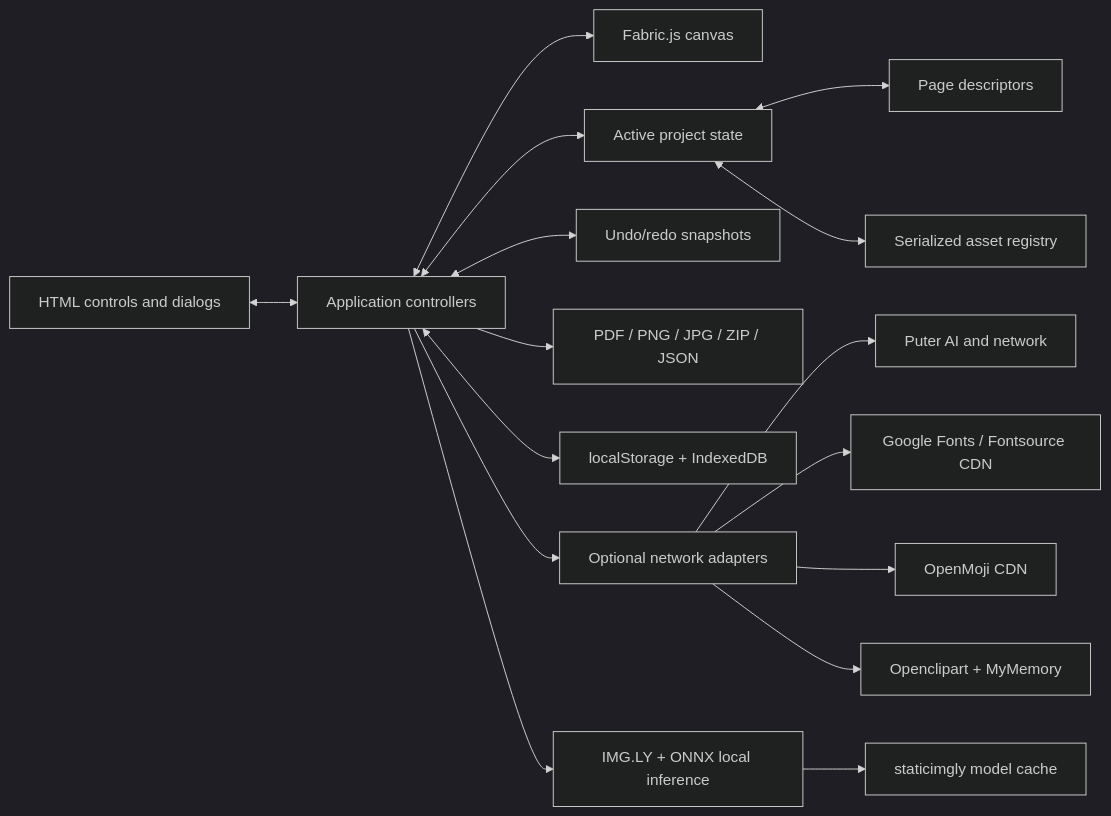
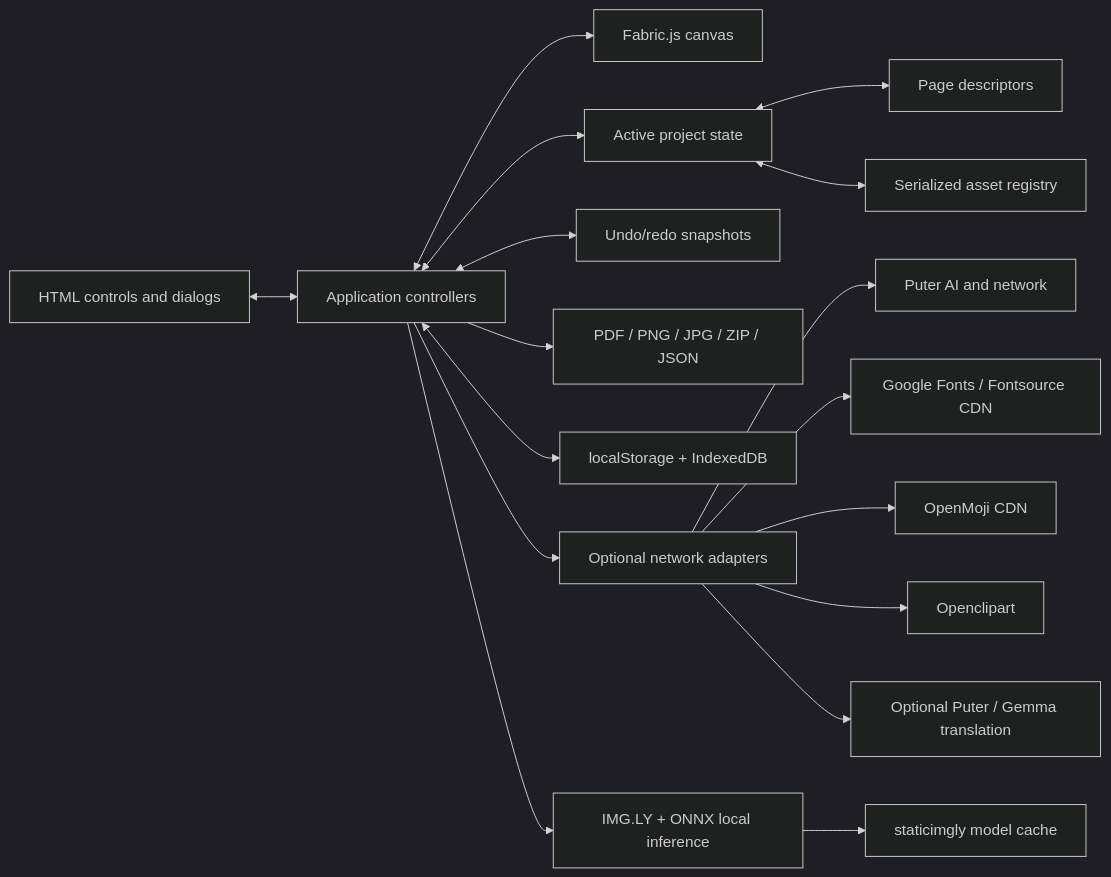
The second of 3 diagrams in docs/TECHNICAL_ARCHITECTURE.md (n3me5is-git/chicCanva), drawn with Mermaid (dark theme) before and after one commit. The commit also changed other lines of this file and 34 other files, not shown here.

Commit message:
feat: auto translation gemma, equally sized multipage groups, drawing tools and shapes, global memory optimizations, fixes

````diff
--- a/docs/TECHNICAL_ARCHITECTURE.md
+++ b/docs/TECHNICAL_ARCHITECTURE.md
@@ -93,18 +96,19 @@
 ```mermaid
 flowchart LR
     DOM[HTML controls and dialogs] <--> APP[Application controllers]
     APP <--> FAB[Fabric.js canvas]
     APP <--> STATE[Active project state]
     STATE <--> PAGES[Page descriptors]
     STATE <--> ASSETS[Serialized asset registry]
     APP <--> HIST[Undo/redo snapshots]
     APP --> EXP[PDF / PNG / JPG / ZIP / JSON]
     APP <--> STORE[localStorage + IndexedDB]
     APP --> NET[Optional network adapters]
     NET --> PUTER[Puter AI and network]
     NET --> FONTS[Google Fonts / Fontsource CDN]
     NET --> MOJI[OpenMoji CDN]
-    NET --> CLIP[Openclipart + MyMemory]
+    NET --> CLIP[Openclipart]
+    NET --> TRANS[Optional Puter / Gemma translation]
     APP --> BG[IMG.LY + ONNX local inference]
     BG --> MODELS[staticimgly model cache]
 ```
````
